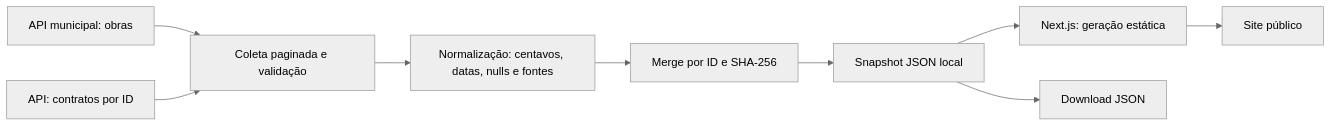
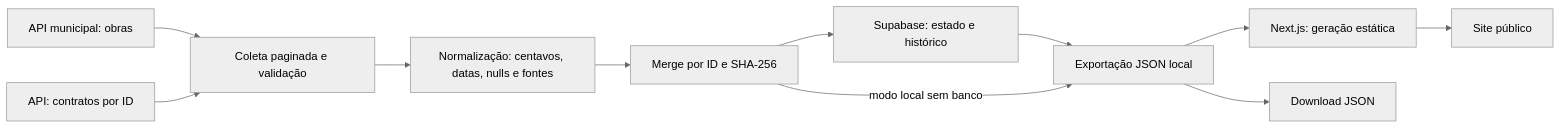
Before and after one commit to ArmandoGT/observatorio-pvh: the diagram in docs/arquitetura.md, drawn with Mermaid (neutral theme). The commit also changed other lines of this file and 17 other files, not shown here.

````diff
--- a/docs/arquitetura.md
+++ b/docs/arquitetura.md
@@ -3,11 +3,13 @@
 ```mermaid
 flowchart LR
   A[API municipal: obras] --> B[Coleta paginada e validação]
   C[API: contratos por ID] --> B
   B --> D[Normalização: centavos, datas, nulls e fontes]
   D --> E[Merge por ID e SHA-256]
-  E --> F[Snapshot JSON local]
+  E --> P[Supabase: estado e histórico]
+  P --> F[Exportação JSON local]
+  E -->|modo local sem banco| F
   F --> G[Next.js: geração estática]
   G --> H[Site público]
   F --> I[Download JSON]
 ```
````
